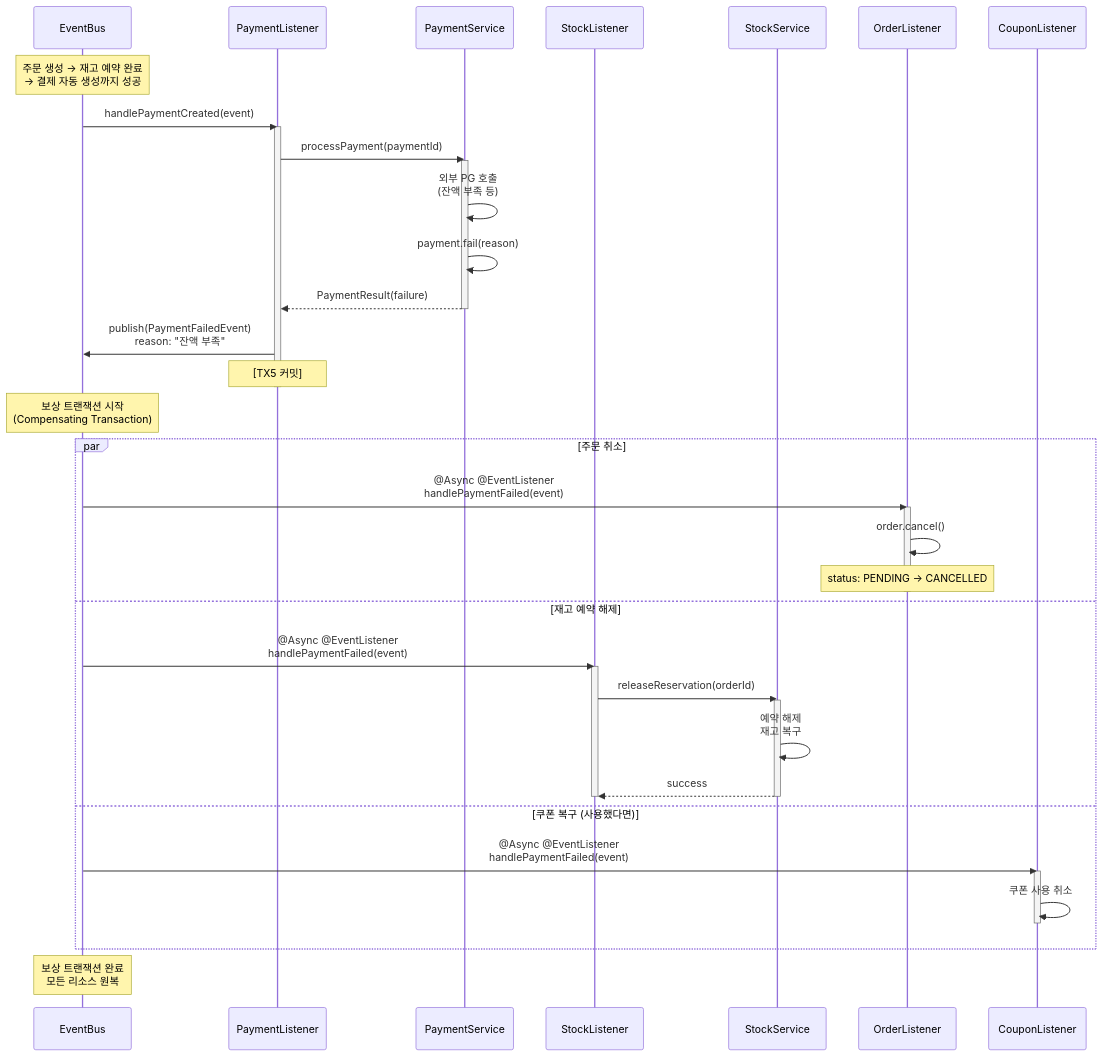
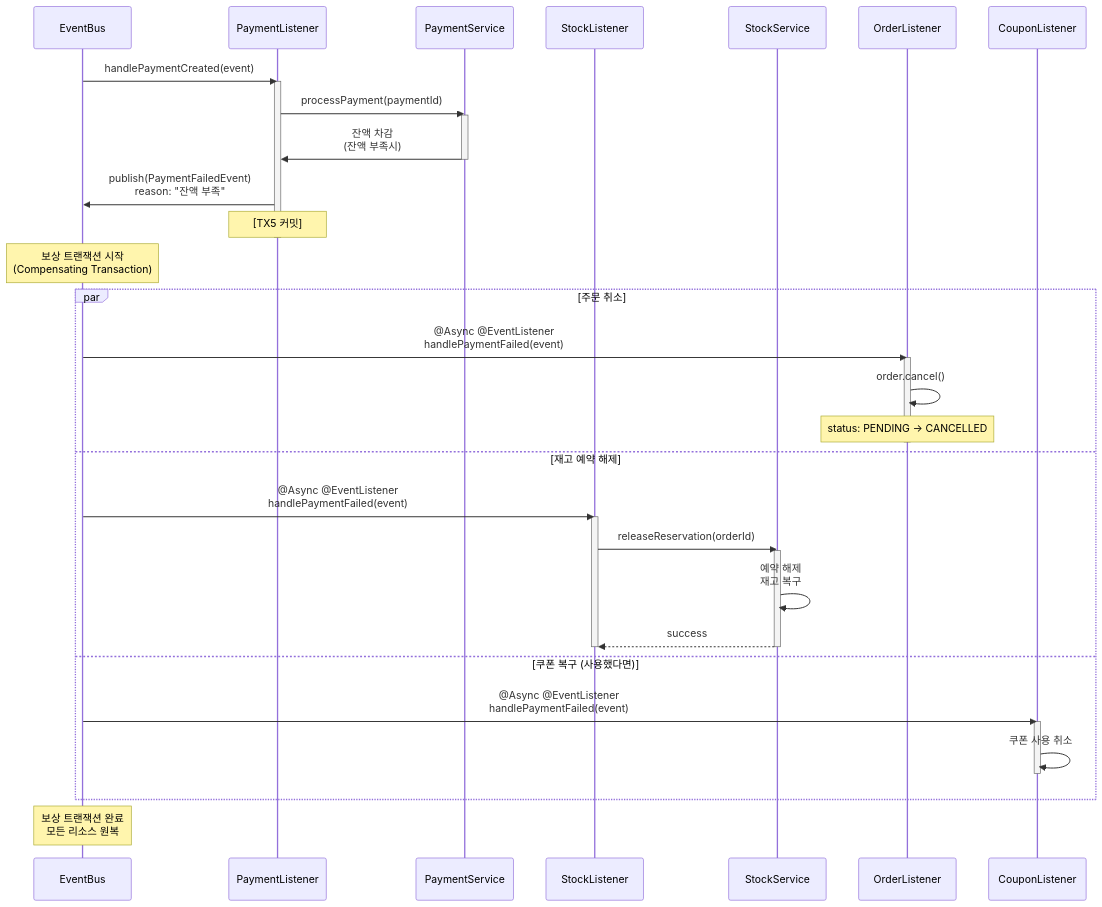
Before and after one commit to crocusia/e-commerce_hanghae99: the third of 3 diagrams in docs/STEP16_REPORT.md, drawn with Mermaid. The commit also changed other lines of this file, not shown here.

Commit message:
[Feat] 시퀀스 다이어그램 추가

````diff
--- a/docs/STEP16_REPORT.md
+++ b/docs/STEP16_REPORT.md
@@ -249,52 +188,48 @@
 ```mermaid
 sequenceDiagram
       participant EventBus
       participant PaymentListener
       participant PaymentService
       participant StockListener
       participant StockService
       participant OrderListener
       participant CouponListener
 
-      Note over EventBus: 주문 생성 → 재고 예약 완료<br/>→ 결제 자동 생성까지 성공
-
       EventBus->>PaymentListener: handlePaymentCreated(event)
       activate PaymentListener
       PaymentListener->>PaymentService: processPayment(paymentId)
       activate PaymentService
-      PaymentService->>PaymentService: 외부 PG 호출<br/>(잔액 부족 등)
-      PaymentService->>PaymentService: payment.fail(reason)
-      PaymentService-->>PaymentListener: PaymentResult(failure)
+      PaymentService->>PaymentListener: 잔액 차감<br/>(잔액 부족시)
       deactivate PaymentService
 
       PaymentListener->>EventBus: publish(PaymentFailedEvent)<br/>reason: "잔액 부족"
       Note over PaymentListener: [TX5 커밋]
       deactivate PaymentListener
 
       Note over EventBus: 보상 트랜잭션 시작<br/>(Compensating Transaction)
 
       par 주문 취소
           EventBus->>OrderListener: @Async @EventListener<br/>handlePaymentFailed(event)
           activate OrderListener
           OrderListener->>OrderListener: order.cancel()
           Note over OrderListener: status: PENDING → CANCELLED
           deactivate OrderListener
       and 재고 예약 해제
           EventBus->>StockListener: @Async @EventListener<br/>handlePaymentFailed(event)
           activate StockListener
           StockListener->>StockService: releaseReservation(orderId)
           activate StockService
           StockService->>StockService: 예약 해제<br/>재고 복구
           StockService-->>StockListener: success
           deactivate StockService
           deactivate StockListener
       and 쿠폰 복구 (사용했다면)
           EventBus->>CouponListener: @Async @EventListener<br/>handlePaymentFailed(event)
           activate CouponListener
           CouponListener->>CouponListener: 쿠폰 사용 취소
           deactivate CouponListener
       end
 
       Note over EventBus: 보상 트랜잭션 완료<br/>모든 리소스 원복
 
 ```
````
